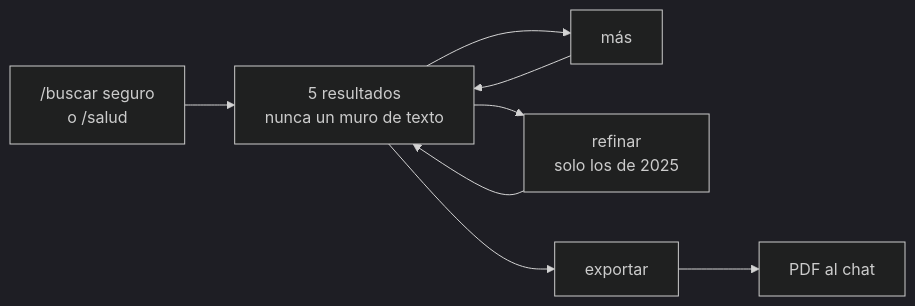
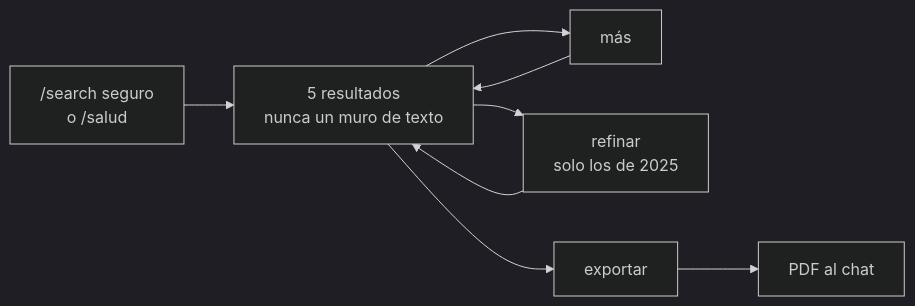
Before and after one commit to albertdeiz/deiz-memory: the third of 15 diagrams in CASOS-DE-USO.md, drawn with Mermaid (dark theme). The commit also changed other lines of this file and 2 other files, not shown here.

````diff
--- a/CASOS-DE-USO.md
+++ b/CASOS-DE-USO.md
@@ -79,10 +86,10 @@
 ```mermaid
 flowchart LR
-  S["/buscar seguro<br/>o /salud"] --> R["5 resultados<br/>nunca un muro de texto"]
+  S["/search seguro<br/>o /salud"] --> R["5 resultados<br/>nunca un muro de texto"]
   R --> M["más"]
   M --> R
   R --> F["refinar<br/>solo los de 2025"]
   F --> R
   R --> E["exportar"]
   E --> D["PDF al chat"]
 ```
````
